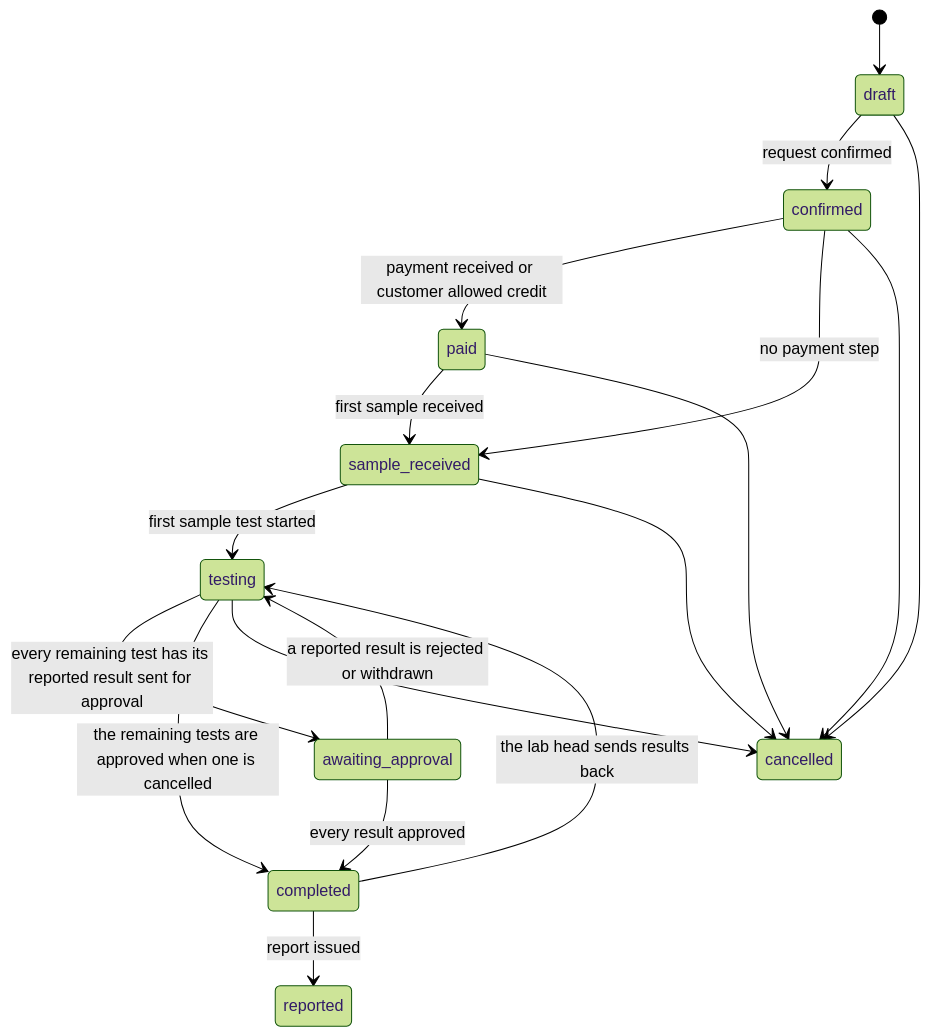
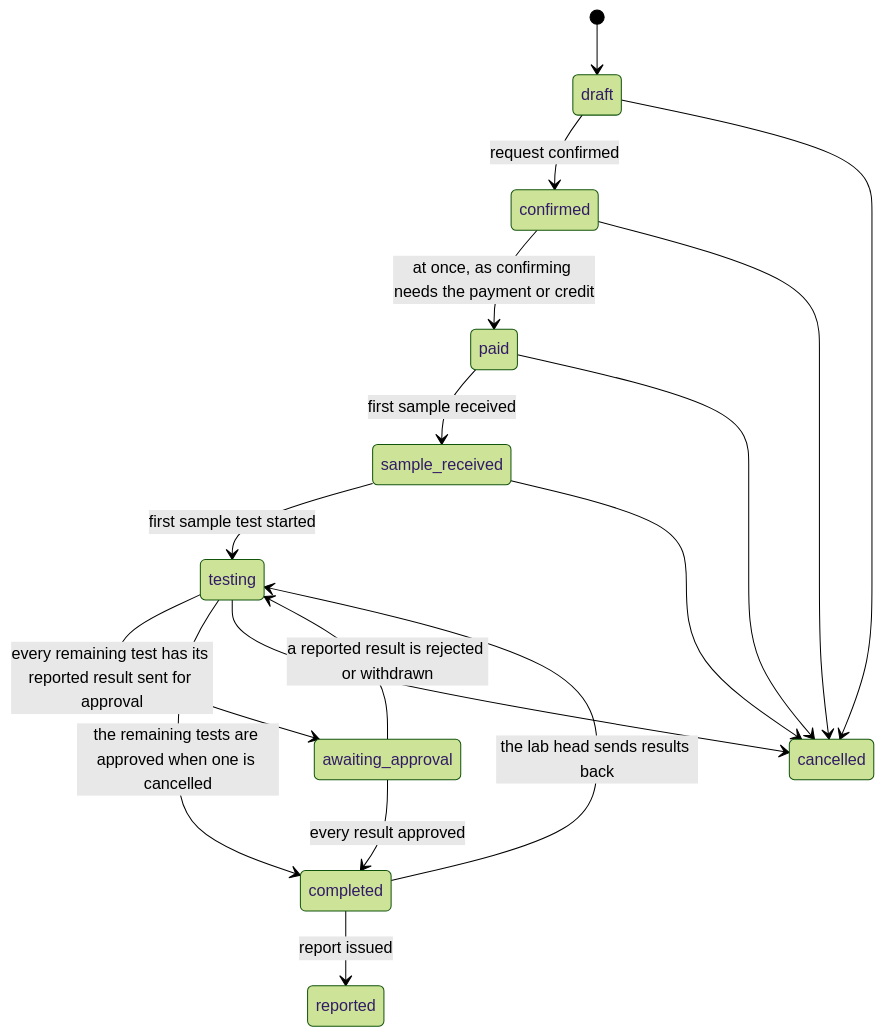
The second of 9 diagrams in docs/functional/laboratory_module/overview.md (SoltuneMontepre/medilab), drawn with Mermaid (forest theme) before and after one commit. The commit also changed other lines of this file and 5 other files, not shown here.

````diff
--- a/docs/functional/laboratory_module/overview.md
+++ b/docs/functional/laboratory_module/overview.md
@@ -57,20 +57,19 @@
 ```mermaid
 stateDiagram-v2
     [*] --> draft
     draft --> confirmed: request confirmed
-    confirmed --> paid: payment received or customer allowed credit
-    confirmed --> sample_received: no payment step
+    confirmed --> paid: at once, as confirming needs the payment or credit
     paid --> sample_received: first sample received
     sample_received --> testing: first sample test started
     testing --> awaiting_approval: every remaining test has its reported result sent for approval
     awaiting_approval --> testing: a reported result is rejected or withdrawn
     awaiting_approval --> completed: every result approved
     testing --> completed: the remaining tests are approved when one is cancelled
     completed --> reported: report issued
     completed --> testing: the lab head sends results back
     draft --> cancelled
     confirmed --> cancelled
     paid --> cancelled
     sample_received --> cancelled
     testing --> cancelled
 ```
````
